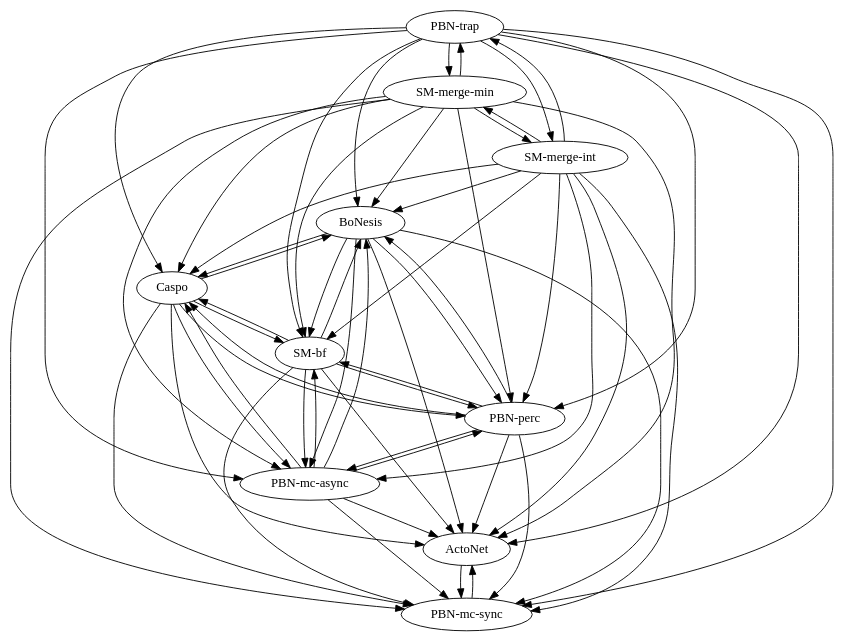
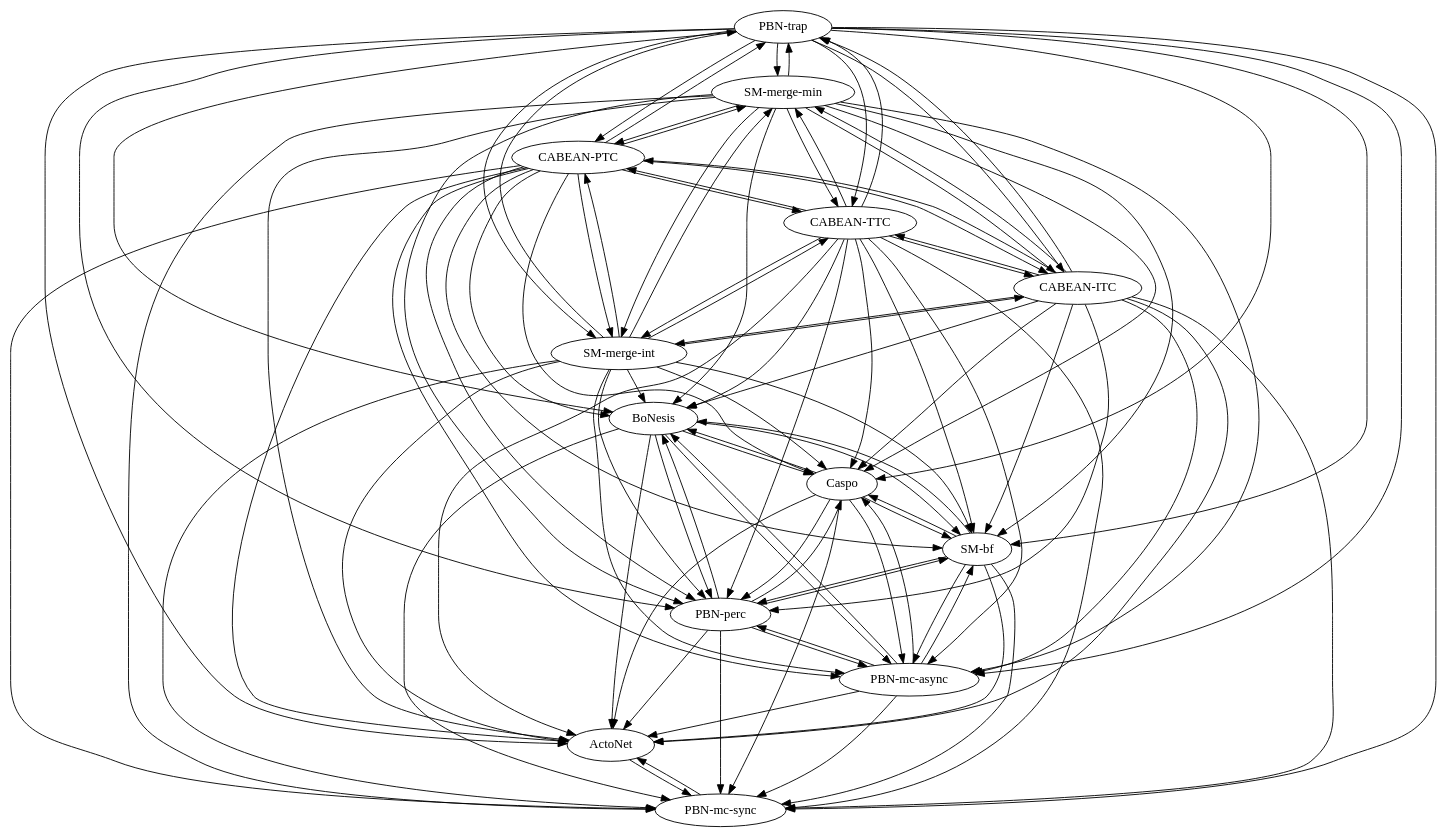
The diagram in experiments/results/Tonello/Tonello_2/_graph.dot (kalebmoon07/BN-control-taxonomy), drawn with Graphviz before and after one commit. The commit also changed 85 other files, not shown here.

```diff
--- a/experiments/results/Tonello/Tonello_2/_graph.dot
+++ b/experiments/results/Tonello/Tonello_2/_graph.dot
@@ -1,71 +1,119 @@
 strict digraph  {
 BoNesis;
 ActoNet;
 Caspo;
 "PBN-mc-sync";
 "PBN-mc-async";
 "PBN-perc";
 "PBN-trap";
 "SM-bf";
 "SM-merge-min";
 "SM-merge-int";
+"CABEAN-ITC";
+"CABEAN-TTC";
+"CABEAN-PTC";
 BoNesis -> ActoNet;
 BoNesis -> Caspo;
 BoNesis -> "PBN-mc-sync";
 BoNesis -> "PBN-mc-async";
 BoNesis -> "PBN-perc";
 BoNesis -> "SM-bf";
 ActoNet -> "PBN-mc-sync";
 Caspo -> ActoNet;
 Caspo -> BoNesis;
 Caspo -> "PBN-mc-sync";
 Caspo -> "PBN-mc-async";
 Caspo -> "PBN-perc";
 Caspo -> "SM-bf";
 "PBN-mc-sync" -> ActoNet;
 "PBN-mc-async" -> ActoNet;
 "PBN-mc-async" -> BoNesis;
 "PBN-mc-async" -> Caspo;
 "PBN-mc-async" -> "PBN-mc-sync";
 "PBN-mc-async" -> "PBN-perc";
 "PBN-mc-async" -> "SM-bf";
 "PBN-perc" -> ActoNet;
 "PBN-perc" -> BoNesis;
 "PBN-perc" -> Caspo;
 "PBN-perc" -> "PBN-mc-sync";
 "PBN-perc" -> "PBN-mc-async";
 "PBN-perc" -> "SM-bf";
 "PBN-trap" -> ActoNet;
 "PBN-trap" -> BoNesis;
 "PBN-trap" -> Caspo;
 "PBN-trap" -> "PBN-mc-sync";
 "PBN-trap" -> "PBN-mc-async";
 "PBN-trap" -> "PBN-perc";
 "PBN-trap" -> "SM-bf";
 "PBN-trap" -> "SM-merge-min";
 "PBN-trap" -> "SM-merge-int";
+"PBN-trap" -> "CABEAN-ITC";
+"PBN-trap" -> "CABEAN-TTC";
+"PBN-trap" -> "CABEAN-PTC";
 "SM-bf" -> ActoNet;
 "SM-bf" -> BoNesis;
 "SM-bf" -> Caspo;
 "SM-bf" -> "PBN-mc-sync";
 "SM-bf" -> "PBN-mc-async";
 "SM-bf" -> "PBN-perc";
 "SM-merge-min" -> ActoNet;
 "SM-merge-min" -> BoNesis;
 "SM-merge-min" -> Caspo;
 "SM-merge-min" -> "PBN-mc-sync";
 "SM-merge-min" -> "PBN-mc-async";
 "SM-merge-min" -> "PBN-perc";
 "SM-merge-min" -> "PBN-trap";
 "SM-merge-min" -> "SM-bf";
 "SM-merge-min" -> "SM-merge-int";
+"SM-merge-min" -> "CABEAN-ITC";
+"SM-merge-min" -> "CABEAN-TTC";
+"SM-merge-min" -> "CABEAN-PTC";
 "SM-merge-int" -> ActoNet;
 "SM-merge-int" -> BoNesis;
 "SM-merge-int" -> Caspo;
 "SM-merge-int" -> "PBN-mc-sync";
 "SM-merge-int" -> "PBN-mc-async";
 "SM-merge-int" -> "PBN-perc";
 "SM-merge-int" -> "PBN-trap";
 "SM-merge-int" -> "SM-bf";
 "SM-merge-int" -> "SM-merge-min";
+"SM-merge-int" -> "CABEAN-ITC";
+"SM-merge-int" -> "CABEAN-TTC";
+"SM-merge-int" -> "CABEAN-PTC";
+"CABEAN-ITC" -> ActoNet;
+"CABEAN-ITC" -> BoNesis;
+"CABEAN-ITC" -> Caspo;
+"CABEAN-ITC" -> "PBN-mc-sync";
+"CABEAN-ITC" -> "PBN-mc-async";
+"CABEAN-ITC" -> "PBN-perc";
+"CABEAN-ITC" -> "PBN-trap";
+"CABEAN-ITC" -> "SM-bf";
+"CABEAN-ITC" -> "SM-merge-min";
+"CABEAN-ITC" -> "SM-merge-int";
+"CABEAN-ITC" -> "CABEAN-TTC";
+"CABEAN-ITC" -> "CABEAN-PTC";
+"CABEAN-TTC" -> ActoNet;
+"CABEAN-TTC" -> BoNesis;
+"CABEAN-TTC" -> Caspo;
+"CABEAN-TTC" -> "PBN-mc-sync";
+"CABEAN-TTC" -> "PBN-mc-async";
+"CABEAN-TTC" -> "PBN-perc";
+"CABEAN-TTC" -> "PBN-trap";
+"CABEAN-TTC" -> "SM-bf";
+"CABEAN-TTC" -> "SM-merge-min";
+"CABEAN-TTC" -> "SM-merge-int";
+"CABEAN-TTC" -> "CABEAN-ITC";
+"CABEAN-TTC" -> "CABEAN-PTC";
+"CABEAN-PTC" -> ActoNet;
+"CABEAN-PTC" -> BoNesis;
+"CABEAN-PTC" -> Caspo;
+"CABEAN-PTC" -> "PBN-mc-sync";
+"CABEAN-PTC" -> "PBN-mc-async";
+"CABEAN-PTC" -> "PBN-perc";
+"CABEAN-PTC" -> "PBN-trap";
+"CABEAN-PTC" -> "SM-bf";
+"CABEAN-PTC" -> "SM-merge-min";
+"CABEAN-PTC" -> "SM-merge-int";
+"CABEAN-PTC" -> "CABEAN-ITC";
+"CABEAN-PTC" -> "CABEAN-TTC";
 }
```
